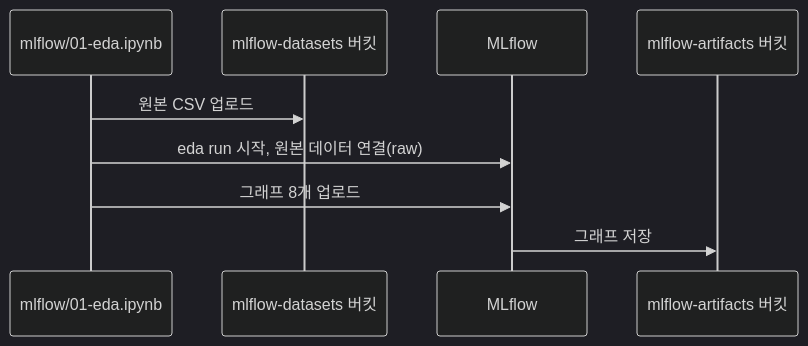
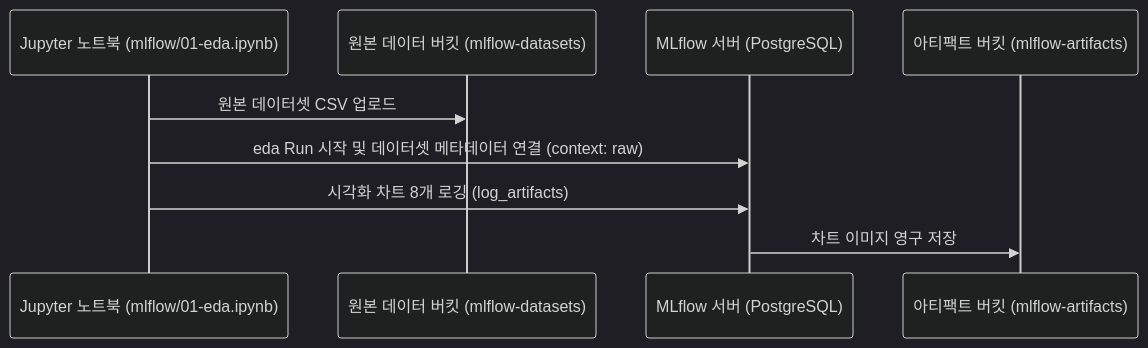
The first of 2 diagrams in mlops/ml-platform-engineering-part2/docs/9-lab1-eda.md (choisungwook/portfolio), drawn with Mermaid (dark theme) before and after one commit. The commit also changed other lines of this file and 16 other files, not shown here.

````diff
--- a/mlops/ml-platform-engineering-part2/docs/9-lab1-eda.md
+++ b/mlops/ml-platform-engineering-part2/docs/9-lab1-eda.md
@@ -107,11 +67,11 @@
 ```mermaid
 sequenceDiagram
-  participant NB as mlflow/01-eda.ipynb
-  participant S3D as mlflow-datasets 버킷
-  participant ML as MLflow
-  participant S3A as mlflow-artifacts 버킷
-  NB->>S3D: 원본 CSV 업로드
-  NB->>ML: eda run 시작, 원본 데이터 연결(raw)
-  NB->>ML: 그래프 8개 업로드
-  ML->>S3A: 그래프 저장
+  participant NB as Jupyter 노트북 (mlflow/01-eda.ipynb)
+  participant S3D as 원본 데이터 버킷 (mlflow-datasets)
+  participant ML as MLflow 서버 (PostgreSQL)
+  participant S3A as 아티팩트 버킷 (mlflow-artifacts)
+  NB->>S3D: 원본 데이터셋 CSV 업로드
+  NB->>ML: eda Run 시작 및 데이터셋 메타데이터 연결 (context: raw)
+  NB->>ML: 시각화 차트 8개 로깅 (log_artifacts)
+  ML->>S3A: 차트 이미지 영구 저장
 ```
````
